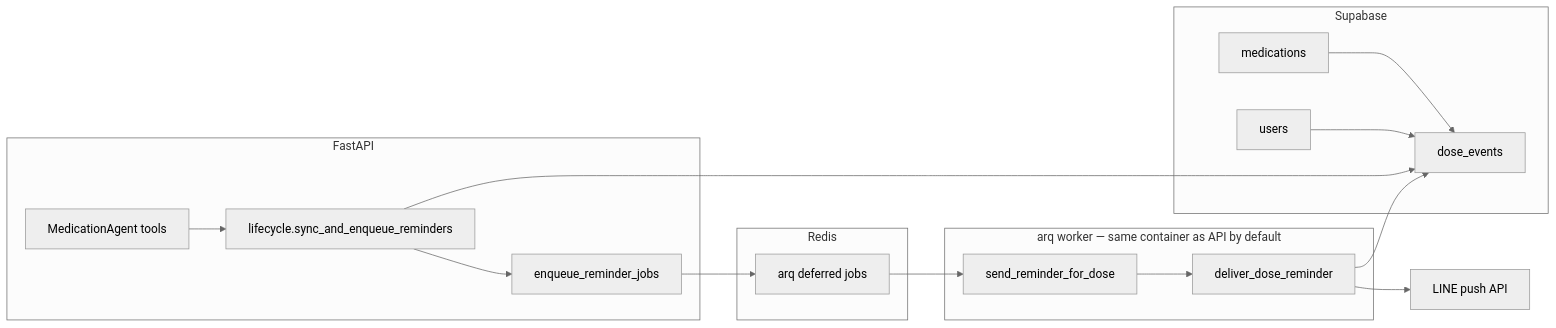
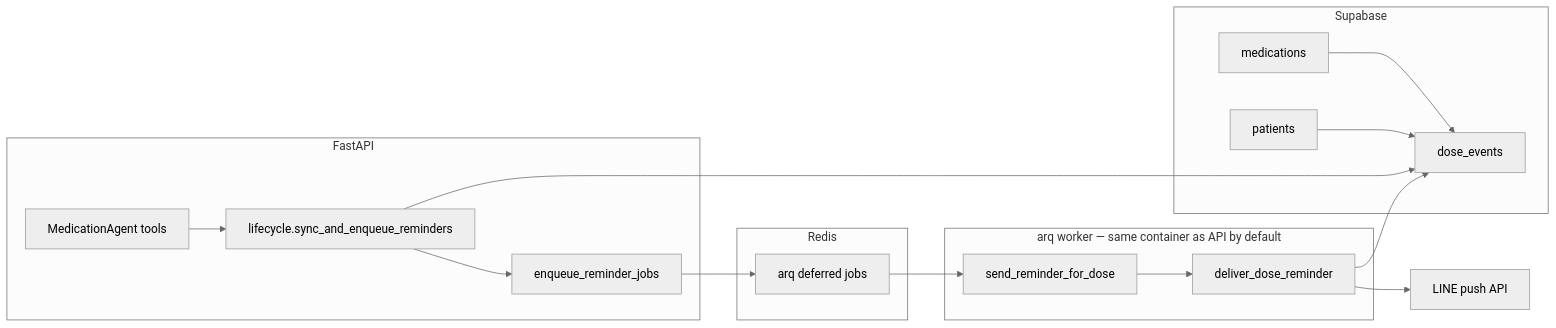
The diagram in docs/reminders.md (israkir/medbuddy), drawn with Mermaid (neutral theme) before and after one commit. The commit also changed other lines of this file and 21 other files, not shown here.

````diff
--- a/docs/reminders.md
+++ b/docs/reminders.md
@@ -18,31 +18,31 @@
 ```mermaid
 flowchart LR
     subgraph api [FastAPI]
         MA[MedicationAgent tools]
         LC[lifecycle.sync_and_enqueue_reminders]
         EQ[enqueue_reminder_jobs]
     end
     subgraph data [Supabase]
         M[medications]
-        U[users]
+        P[patients]
         D[dose_events]
     end
     subgraph queue [Redis]
         ARQ[arq deferred jobs]
     end
     subgraph worker [arq worker — same container as API by default]
         W[send_reminder_for_dose]
         DV[deliver_dose_reminder]
     end
     LINE[LINE push API]
     MA --> LC
     LC --> D
     LC --> EQ
     EQ --> ARQ
     ARQ --> W
     W --> DV
     DV --> D
     DV --> LINE
     M --> D
-    U --> D
+    P --> D
 ```
````
